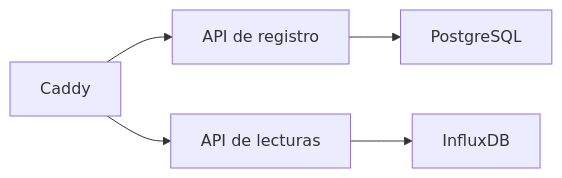
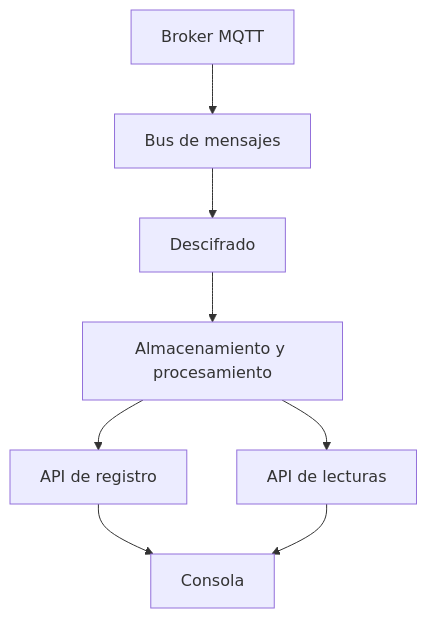
The diagram in apps/web/content/docs/es/architecture.mdx (sensical-coop/mesh-things-apps), drawn with Mermaid before and after one commit. The commit also changed other lines of this file and 27 other files, not shown here.

````diff
--- a/apps/web/content/docs/es/architecture.mdx
+++ b/apps/web/content/docs/es/architecture.mdx
@@ -23,7 +8,10 @@
 ```mermaid
-flowchart LR
-  caddy["Caddy"] --> registry["API de registro"]
-  caddy --> readings["API de lecturas"]
-  registry --> pg["PostgreSQL"]
-  readings --> influx["InfluxDB"]
+flowchart TD
+  mqtt["Broker MQTT"] --> bus["Bus de mensajes"]
+  bus --> decoder["Descifrado"]
+  decoder --> writers["Almacenamiento y procesamiento"]
+  writers --> registry["API de registro"]
+  writers --> readings["API de lecturas"]
+  registry --> console["Consola"]
+  readings --> console
 ```
````
